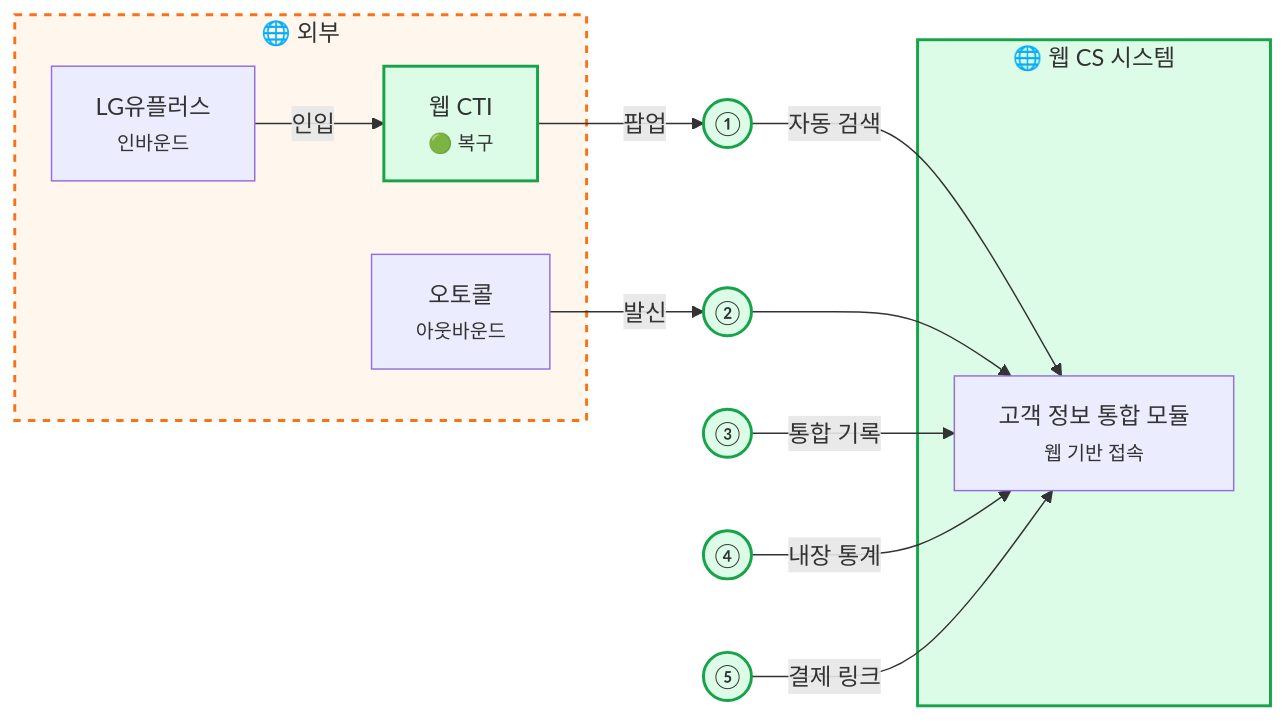
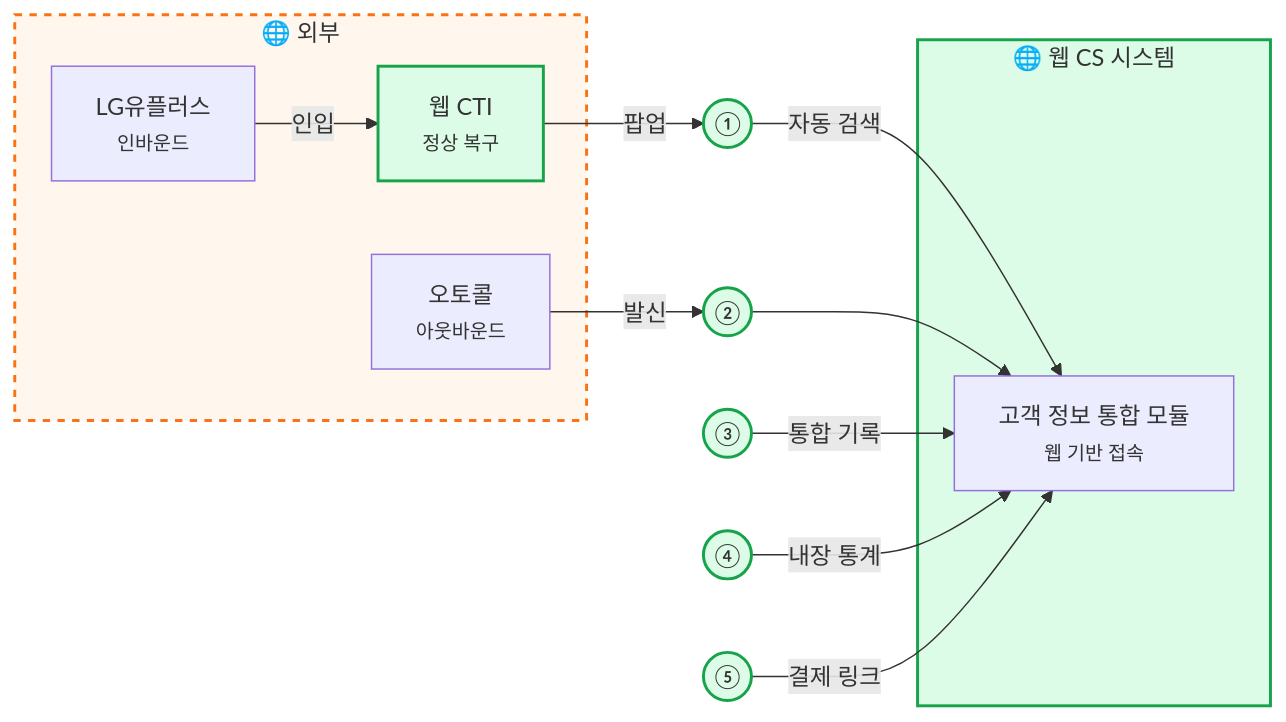
The sixth of 7 diagrams in src/content/docs/goodthinking-isp/04-design/entity-map-tobe.md (sknkwoxs/manual-book), drawn with Mermaid before and after one commit. The commit also changed other lines of this file and 38 other files, not shown here.

````diff
--- a/src/content/docs/goodthinking-isp/04-design/entity-map-tobe.md
+++ b/src/content/docs/goodthinking-isp/04-design/entity-map-tobe.md
@@ -346,36 +346,36 @@
 ```mermaid
 flowchart LR
     subgraph SYS_CORE["🌐 웹 CS 시스템"]
         WEB["고객 정보 통합 모듈<br/><small>웹 기반 접속</small>"]
     end
     subgraph SYS_EXT["🌐 외부"]
-        CTI_NEW["웹 CTI<br/><small>🟢 복구</small>"]
+        CTI_NEW["웹 CTI<br/><small>정상 복구</small>"]
         LG["LG유플러스<br/><small>인바운드</small>"]
         AUTO["오토콜<br/><small>아웃바운드</small>"]
     end
 
     P1(("①"))
     P2(("②"))
     P3(("③"))
     P4(("④"))
     P5(("⑤"))
 
     %% 업무 흐름
     LG -->|"인입"| CTI_NEW
     CTI_NEW -->|"팝업"| P1
     P1 -->|"자동 검색"| WEB
     AUTO -->|"발신"| P2
     P2 --> WEB
     P3 -->|"통합 기록"| WEB
     P4 -->|"내장 통계"| WEB
     P5 -->|"결제 링크"| WEB
 
     style SYS_CORE fill:#dcfce7,stroke:#16a34a,stroke-width:2px
     style SYS_EXT fill:#fff7ed,stroke:#f97316,stroke-width:2px,stroke-dasharray: 5 5
     style CTI_NEW fill:#dcfce7,stroke:#16a34a,stroke-width:2px
     style P1 fill:#dcfce7,stroke:#16a34a,stroke-width:2px
     style P2 fill:#dcfce7,stroke:#16a34a,stroke-width:2px
     style P3 fill:#dcfce7,stroke:#16a34a,stroke-width:2px
     style P4 fill:#dcfce7,stroke:#16a34a,stroke-width:2px
     style P5 fill:#dcfce7,stroke:#16a34a,stroke-width:2px
 ```
````
